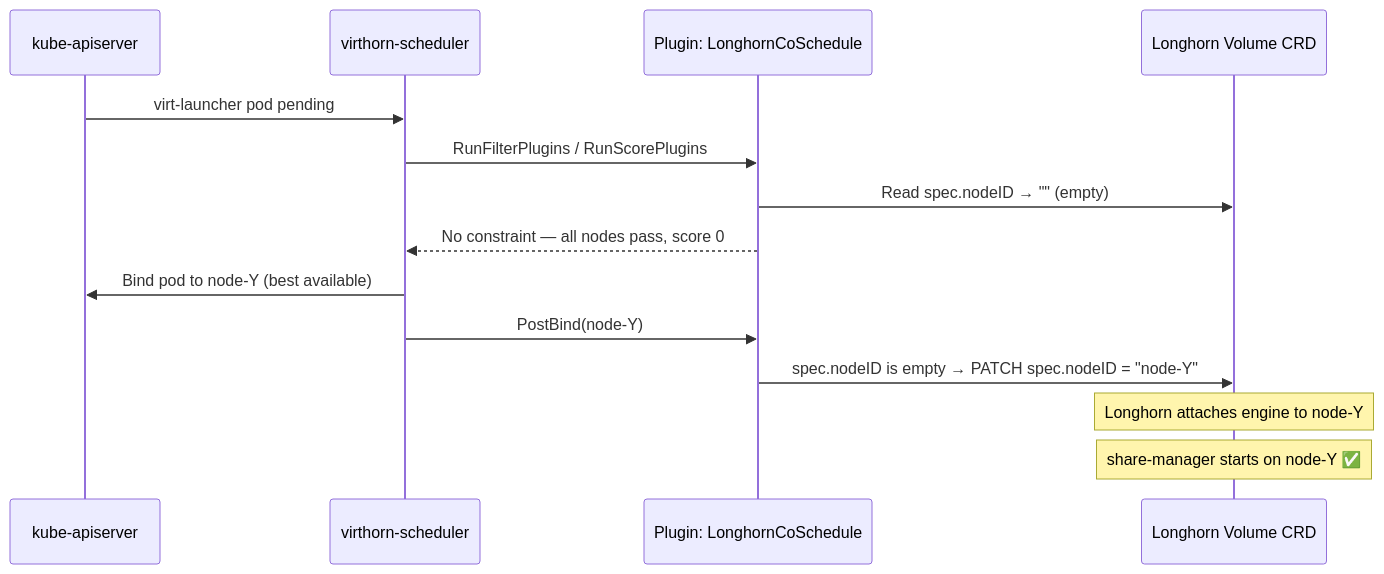
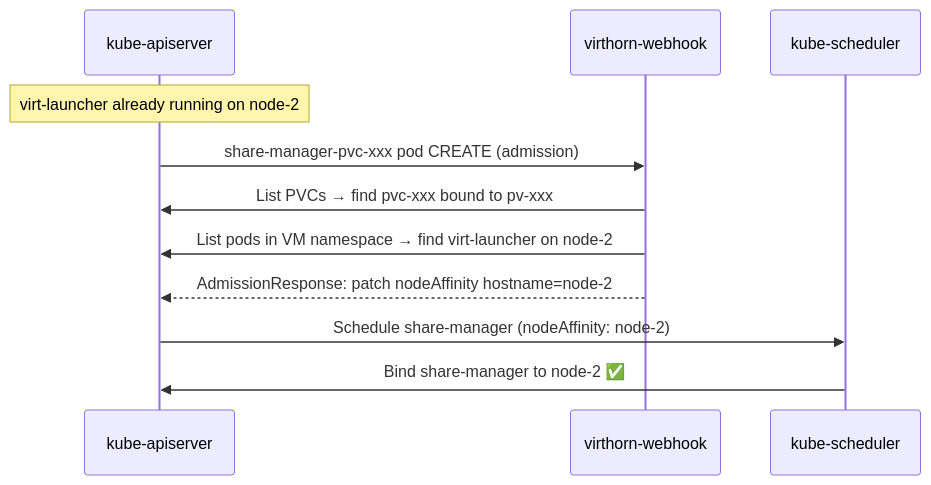
The third of 4 diagrams in plans/virthorn-scheduler-plan.md (MichaelTrip/virthorn-scheduler), drawn with Mermaid before and after one commit. The commit also changed other lines of this file and 19 other files, not shown here.

````diff
--- a/plans/virthorn-scheduler-plan.md
+++ b/plans/virthorn-scheduler-plan.md
@@ -214,17 +213,14 @@
 ```mermaid
 sequenceDiagram
     participant K as kube-apiserver
-    participant S as virthorn-scheduler
-    participant P as Plugin: LonghornCoSchedule
-    participant L as Longhorn Volume CRD
+    participant W as virthorn-webhook
+    participant S as kube-scheduler
 
-    K->>S: virt-launcher pod pending
-    S->>P: RunFilterPlugins / RunScorePlugins
-    P->>L: Read spec.nodeID → "" (empty)
-    P-->>S: No constraint — all nodes pass, score 0
-    S->>K: Bind pod to node-Y (best available)
-    S->>P: PostBind(node-Y)
-    P->>L: spec.nodeID is empty → PATCH spec.nodeID = "node-Y"
-    note over L: Longhorn attaches engine to node-Y
-    note over L: share-manager starts on node-Y ✅
+    note over K: virt-launcher already running on node-2
+    K->>W: share-manager-pvc-xxx pod CREATE (admission)
+    W->>K: List PVCs → find pvc-xxx bound to pv-xxx
+    W->>K: List pods in VM namespace → find virt-launcher on node-2
+    W-->>K: AdmissionResponse: patch nodeAffinity hostname=node-2
+    K->>S: Schedule share-manager (nodeAffinity: node-2)
+    S->>K: Bind share-manager to node-2 ✅
 ```
````
